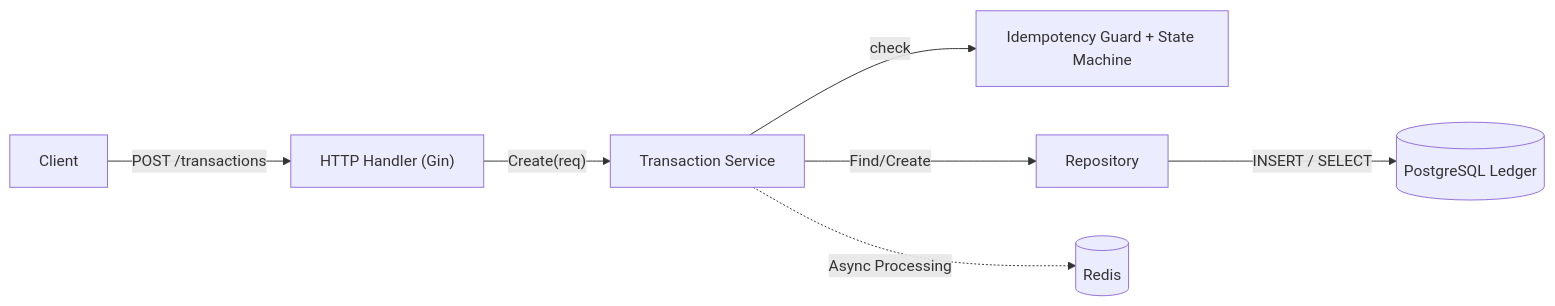
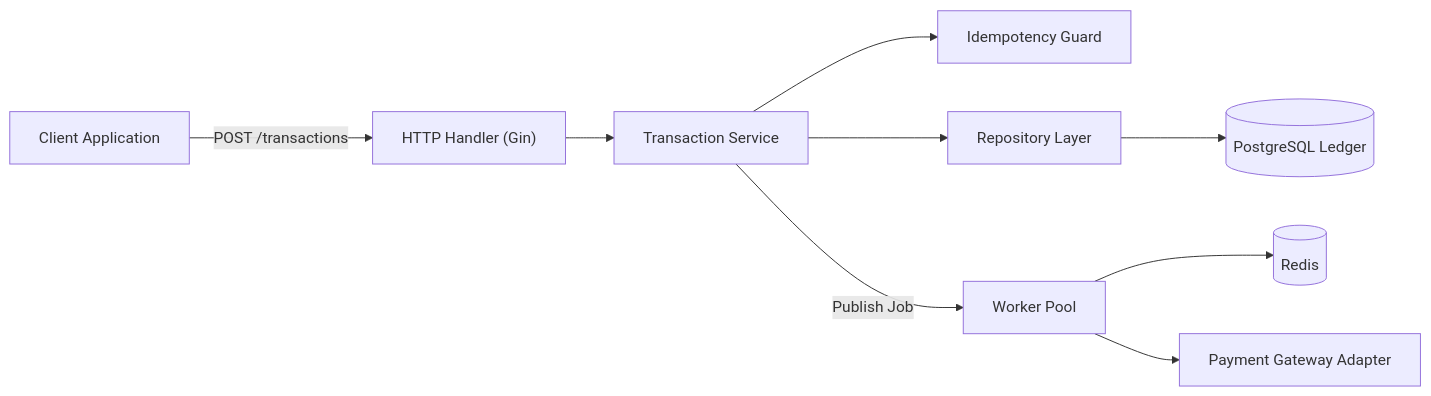
One commit to ginko97/fintech-playground changed the first of 2 diagrams in README.md. Above: the diagram before and after it, drawn with Mermaid. The commit also changed other lines of this file and 8 other files, not shown here.

````diff
--- a/README.md
+++ b/README.md
@@ -3,17 +3,22 @@
 ```mermaid
 flowchart LR
-    Client["Client"] 
+    Client["Client Application"]
     Handler["HTTP Handler (Gin)"]
     Service["Transaction Service"]
-    Guard["Idempotency Guard + State Machine"]
-    Repo["Repository"]
+    Guard["Idempotency Guard"]
+    Repo["Repository Layer"]
     DB[("PostgreSQL Ledger")]
     Redis[("Redis")]
+    Worker["Worker Pool"]
+    Gateway["Payment Gateway Adapter"]
 
     Client -->|"POST /transactions"| Handler
-    Handler -->|"Create(req)"| Service
-    Service -->|"check"| Guard
-    Service -->|"Find/Create"| Repo
-    Repo -->|"INSERT / SELECT"| DB
-    Service -.->|"Async Processing"| Redis
+    Handler --> Service
+    Service --> Guard
+    Service --> Repo
+    Repo --> DB
+
+    Service -->|"Publish Job"| Worker
+    Worker --> Redis
+    Worker --> Gateway
 ```
````
